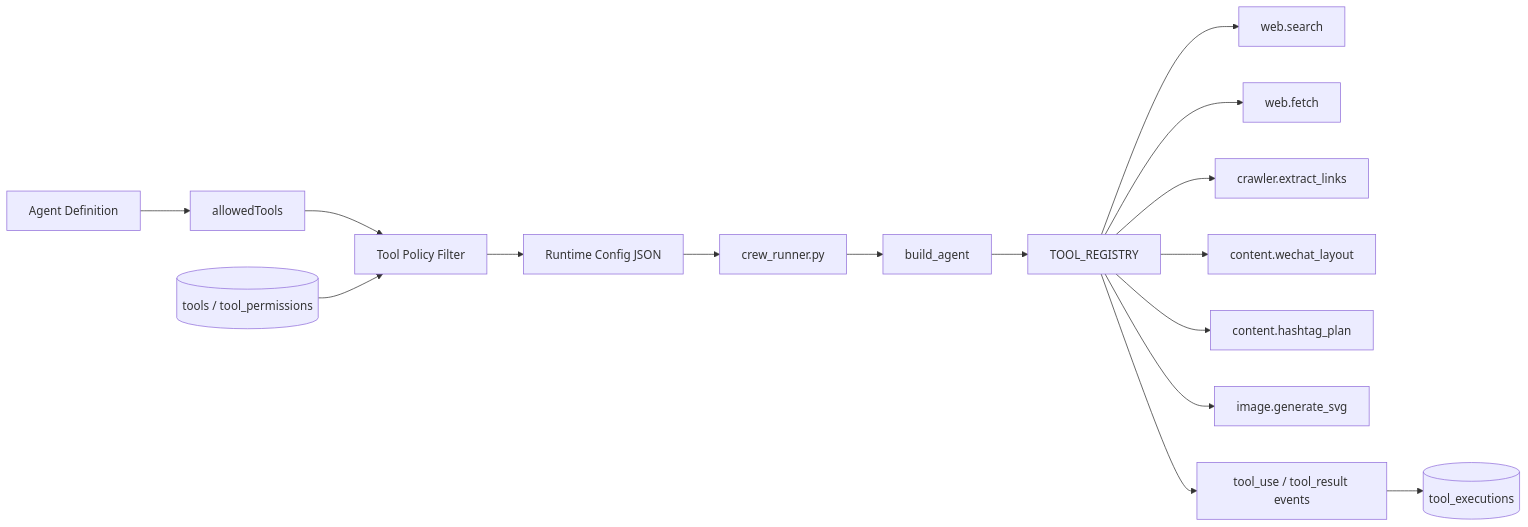
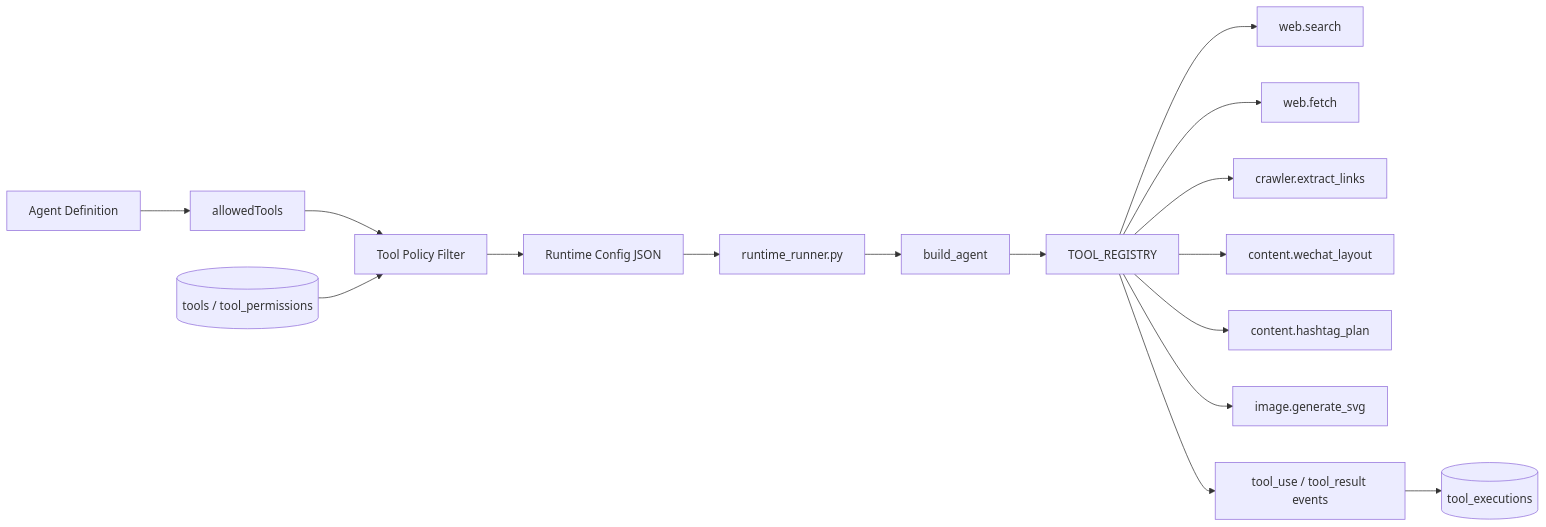
The fifth of 13 diagrams in docs/ARCHITECTURE.md (Zchary1106/Myrmecia), drawn with Mermaid before and after one commit. The commit also changed other lines of this file and 34 other files, not shown here.

First line of the commit message:
refactor: rename CrewAI runtime to Agent Factory Python Runtime

````diff
--- a/docs/ARCHITECTURE.md
+++ b/docs/ARCHITECTURE.md
@@ -213,18 +213,18 @@
 ```mermaid
 flowchart LR
   Agent[Agent Definition] --> Allowed[allowedTools]
   Allowed --> Policy[Tool Policy Filter]
   Catalog[(tools / tool_permissions)] --> Policy
   Policy --> RuntimeConfig[Runtime Config JSON]
-  RuntimeConfig --> CrewRunner[crew_runner.py]
-  CrewRunner --> Builder[build_agent]
+  RuntimeConfig --> PythonRuntime[runtime_runner.py]
+  PythonRuntime --> Builder[build_agent]
   Builder --> ToolRegistry[TOOL_REGISTRY]
   ToolRegistry --> WebSearch[web.search]
   ToolRegistry --> WebFetch[web.fetch]
   ToolRegistry --> Crawler[crawler.extract_links]
   ToolRegistry --> Layout[content.wechat_layout]
   ToolRegistry --> Hashtag[content.hashtag_plan]
   ToolRegistry --> Image[image.generate_svg]
   ToolRegistry --> Events[tool_use / tool_result events]
   Events --> Executions[(tool_executions)]
 ```
````
